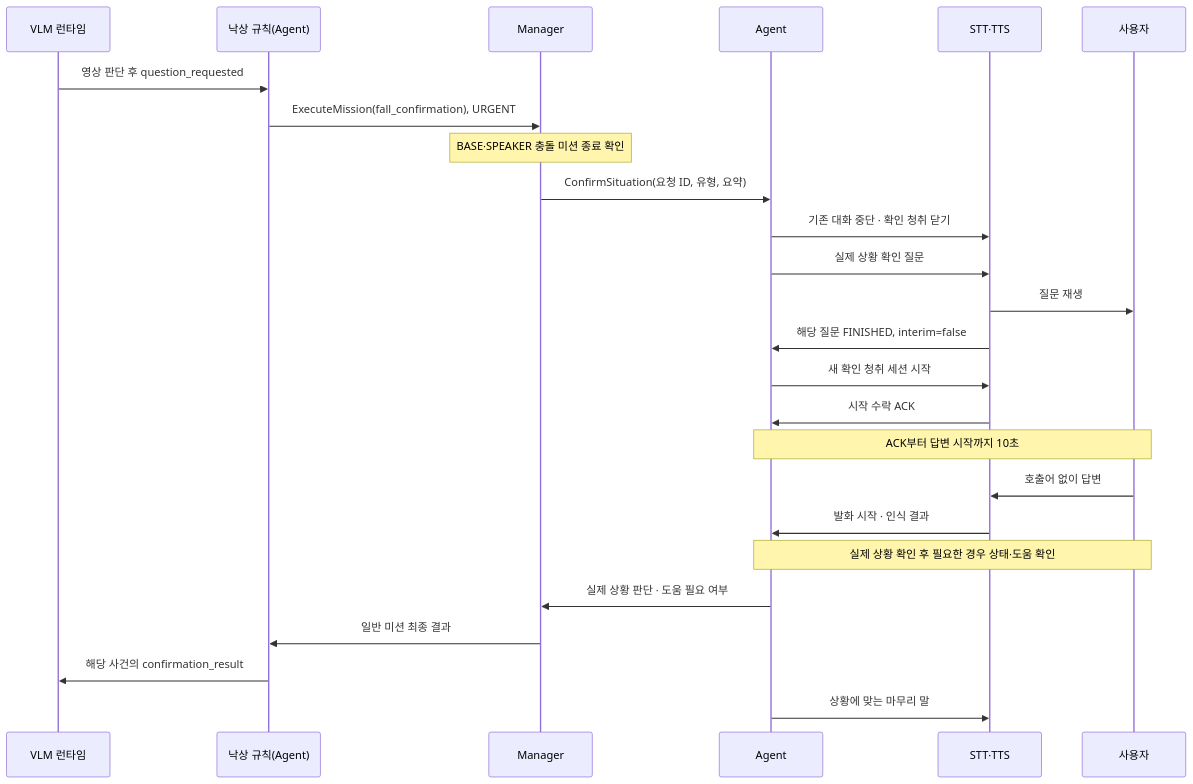
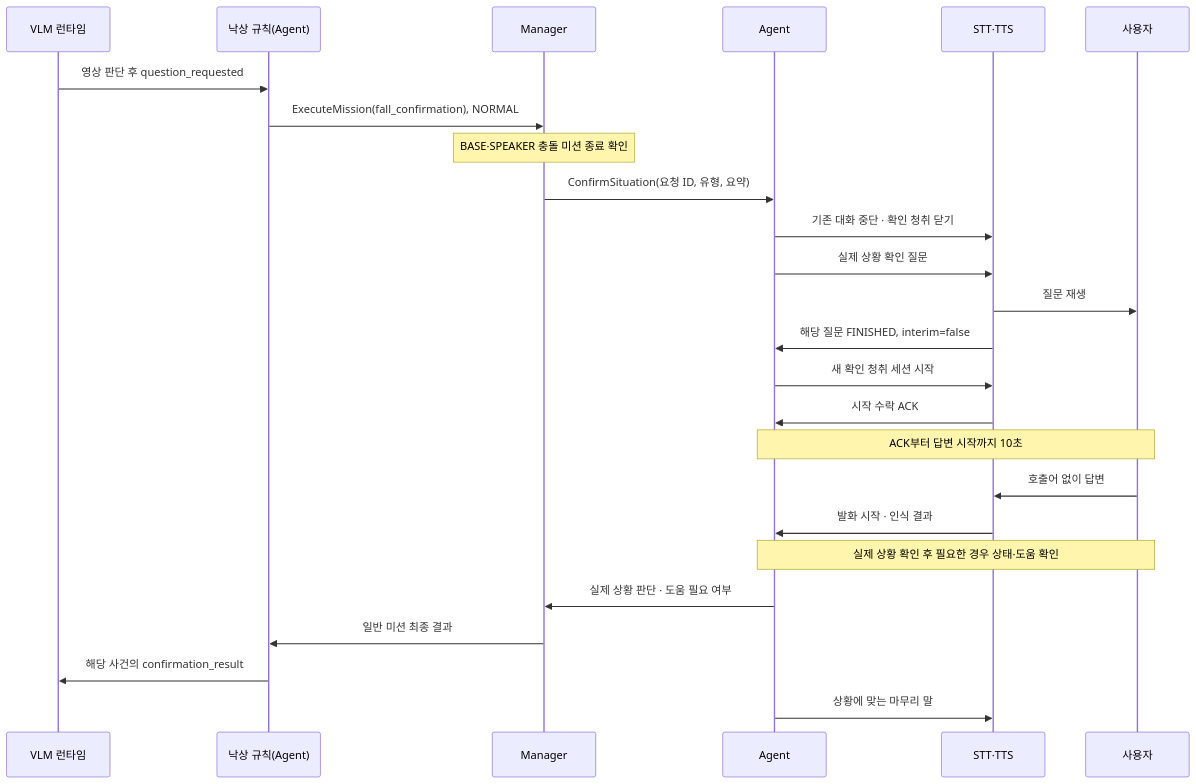
One commit to SWM-malbut/malbut changed the diagram in malbut_test/malbut_agent_server/docs/fall/agent_fall_implementation.md. Above: the diagram before and after it, drawn with Mermaid. The commit also changed other lines of this file and 64 other files, not shown here.

````diff
--- a/malbut_test/malbut_agent_server/docs/fall/agent_fall_implementation.md
+++ b/malbut_test/malbut_agent_server/docs/fall/agent_fall_implementation.md
@@ -23,27 +24,27 @@
 ```mermaid
 sequenceDiagram
     participant V as VLM 런타임
     participant F as 낙상 규칙(Agent)
     participant M as Manager
     participant A as Agent
     participant S as STT·TTS
     participant U as 사용자
     V->>F: 영상 판단 후 question_requested
-    F->>M: ExecuteMission(fall_confirmation), URGENT
+    F->>M: ExecuteMission(fall_confirmation), NORMAL
     Note over M: BASE·SPEAKER 충돌 미션 종료 확인
     M->>A: ConfirmSituation(요청 ID, 유형, 요약)
     A->>S: 기존 대화 중단 · 확인 청취 닫기
     A->>S: 실제 상황 확인 질문
     S->>U: 질문 재생
     S->>A: 해당 질문 FINISHED, interim=false
     A->>S: 새 확인 청취 세션 시작
     S->>A: 시작 수락 ACK
     Note over A,U: ACK부터 답변 시작까지 10초
     U->>S: 호출어 없이 답변
     S->>A: 발화 시작 · 인식 결과
     Note over A,U: 실제 상황 확인 후 필요한 경우 상태·도움 확인
     A->>M: 실제 상황 판단 · 도움 필요 여부
     M->>F: 일반 미션 최종 결과
     F->>V: 해당 사건의 confirmation_result
     A->>S: 상황에 맞는 마무리 말
 ```
````
